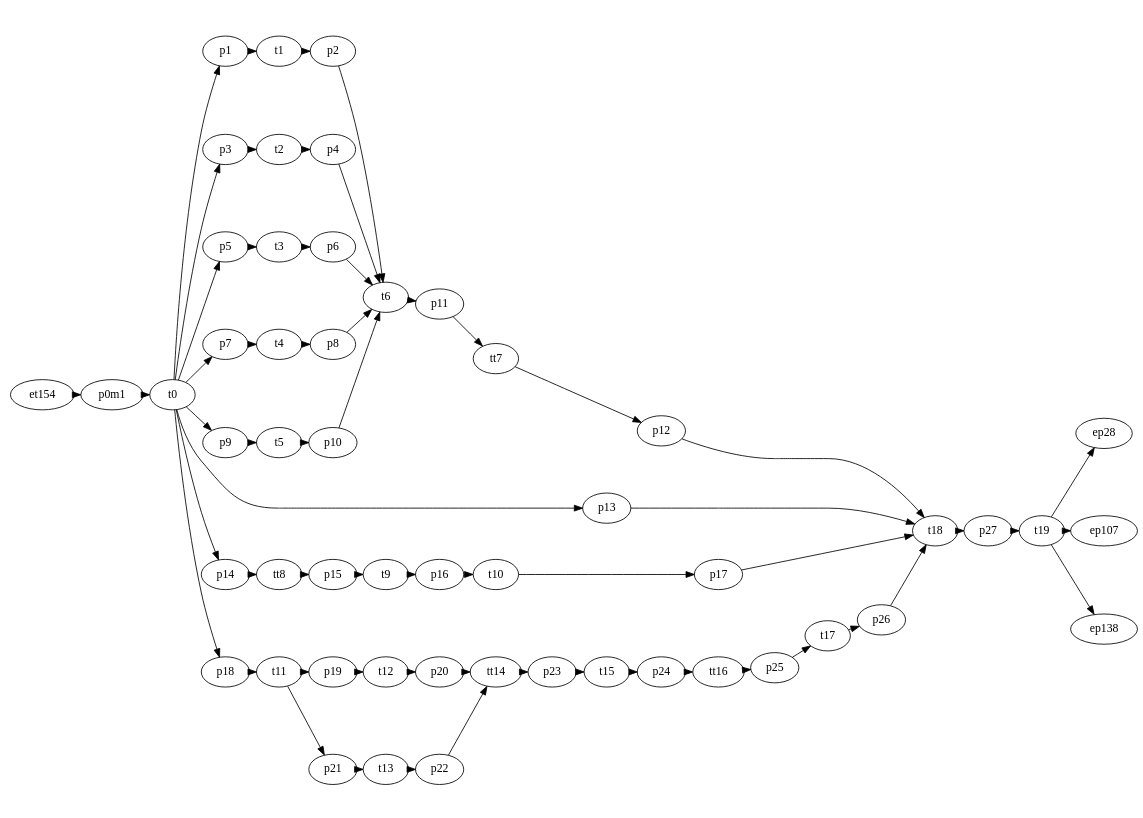
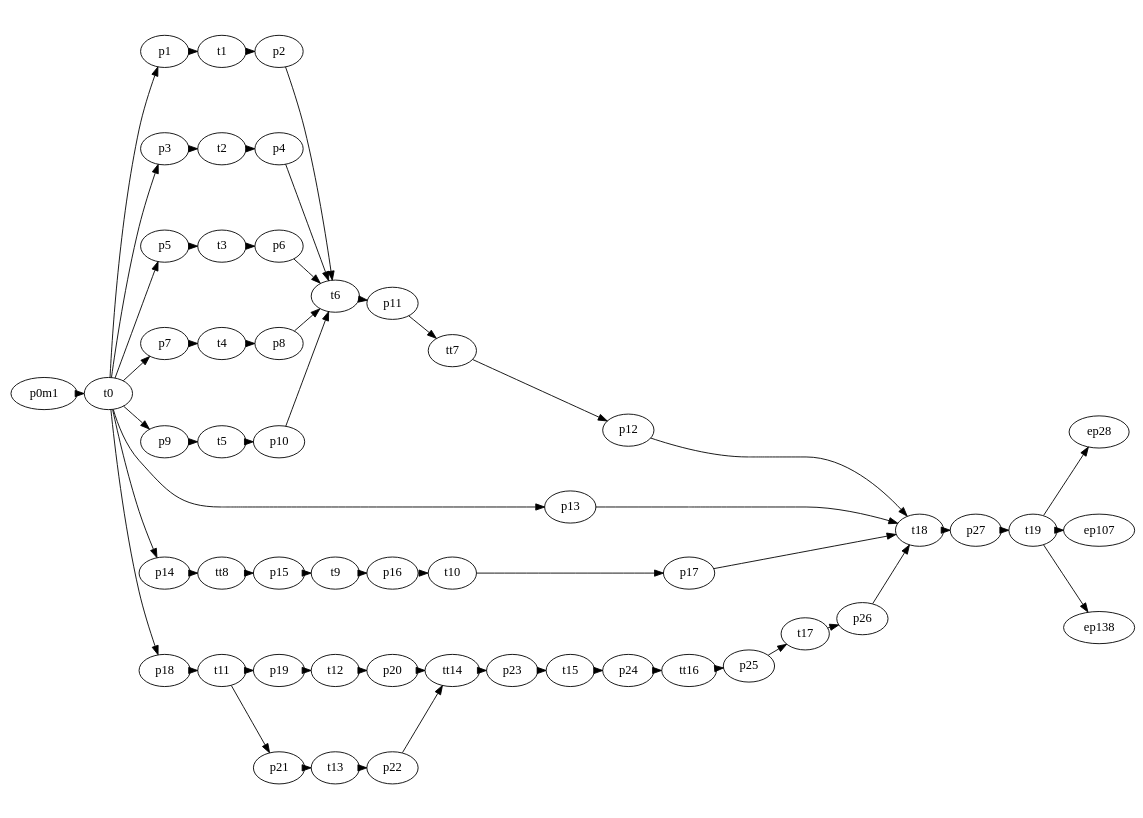
The diagram in figures/petriNet/partial/initial.dot (Accacio/docsTCC), drawn with Graphviz before and after one commit. The commit also changed 54 other files, not shown here.

```diff
--- a/figures/petriNet/partial/initial.dot
+++ b/figures/petriNet/partial/initial.dot
@@ -1,152 +1,151 @@
 digraph A {
     # splines = ortho
     rankdir=LR;
     ratio=fill
     graph [pad="0.01", nodesep="0.1", ranksep="0.01"];
     size="11.7,8.3!";
     margin=0;
 
 
 
 
 {rank =same; }
 # PetriNetBegin
 ## Modulo inicialização
 
     p0m1
     p1
     p2
     p3
     p4
     p5
     p6
     p7
     p8
     p9
     p10
     p11
     p12
     p13
     p14
     p15
     p16
     p17
     p18
     p19
     p20
     p21
     p22
     p23
     p24
     p25
     p26
     p27
 
     t0
     t1
     t2
     t3
     t4
     t5
     t6
     tt7
     tt8
     t9
     t10
     t11
     t12
     t13
     tt14
     t15
     tt16
     t17
     t18
     t19
 
 # subgraph cluster_1 {
 #   label="Initialization";
 #   labelloc = b
 #   style="dashed"
 ##  color="red"
 ##  pre
 
   p0m1 -> t0
 
   p1 -> t1
   p2 -> t6
   p3 -> t2
   p4 -> t6
   p5 -> t3
   p6 -> t6
   p7 -> t4
   p8 -> t6
   p9 -> t5
   p10 -> t6
   p11 -> tt7
   p12 -> t18
 
   p13 -> t18
 
   p14 -> tt8
   p15 -> t9
   p16 -> t10
   p17 -> t18
 
   p18 -> t11
   p19 -> t12
   p20 -> tt14
   p21 -> t13
   p22 -> tt14
   p23 -> t15
   p24 -> tt16
   p25 -> t17
   p26 -> t18
   p27 -> t19
 ## pos
 
   t0 -> p1
   t0 -> p3
   t0 -> p5
   t0 -> p7
   t0 -> p9
   t0 -> p13
   t0 -> p14
   t0 -> p18
 
   t1 -> p2
   t2 -> p4
   t3 -> p6
   t4 -> p8
   t5 -> p10
   t6 -> p11
   tt7 -> p12
 
   tt8 -> p15
   t9 -> p16
   t10 -> p17
 
   t11 -> p19
   t11 -> p21
   t12 -> p20
   t13 -> p22
   tt14 -> p23
   t15 -> p24
   tt16 -> p25
   t17 -> p26
   t18 -> p27
 
 # }
 ep28
 ep107
 ep138
-et154
+
 
 
 t19 -> ep28
 t19 -> ep107
 t19 -> ep138
-et154 -> p0m1
 
 
 # PetriNetEnd
 }
```
